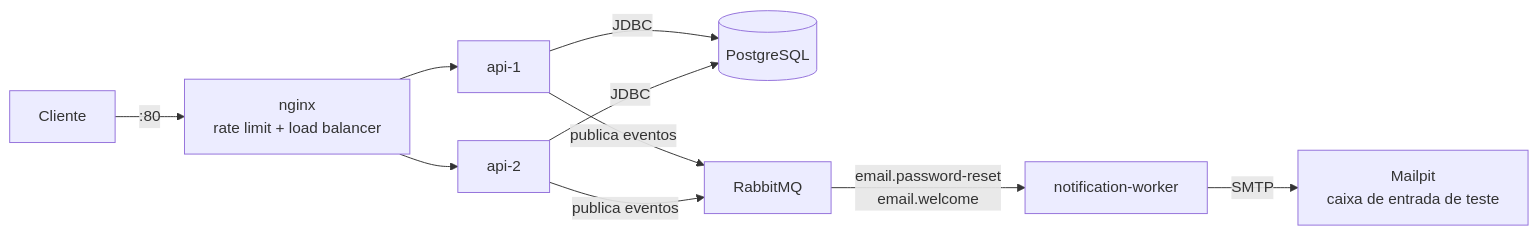
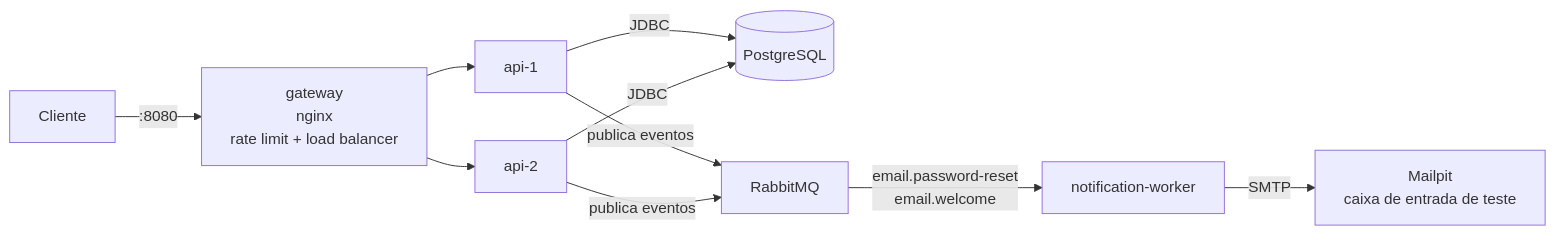
Before and after one commit to arthuurdp/distr-arch-todo-list: the second of 3 diagrams in docs/ARQUITETURA.md, drawn with Mermaid. The commit also changed other lines of this file and 14 other files, not shown here.

First line of the commit message:
feat: implement API gateway with nginx for load balancing and rate limiting

````diff
--- a/docs/ARQUITETURA.md
+++ b/docs/ARQUITETURA.md
@@ -40,10 +42,10 @@
 ```mermaid
 flowchart LR
-    C[Cliente] -->|:80| G[nginx<br/>rate limit + load balancer]
+    C[Cliente] -->|:8080| G[gateway<br/>nginx<br/>rate limit + load balancer]
     G --> A1[api-1]
     G --> A2[api-2]
     A1 & A2 -->|JDBC| PG[(PostgreSQL)]
     A1 & A2 -->|publica eventos| MQ[RabbitMQ]
     MQ -->|email.password-reset<br/>email.welcome| W[notification-worker]
     W -->|SMTP| MP[Mailpit<br/>caixa de entrada de teste]
 ```
````
